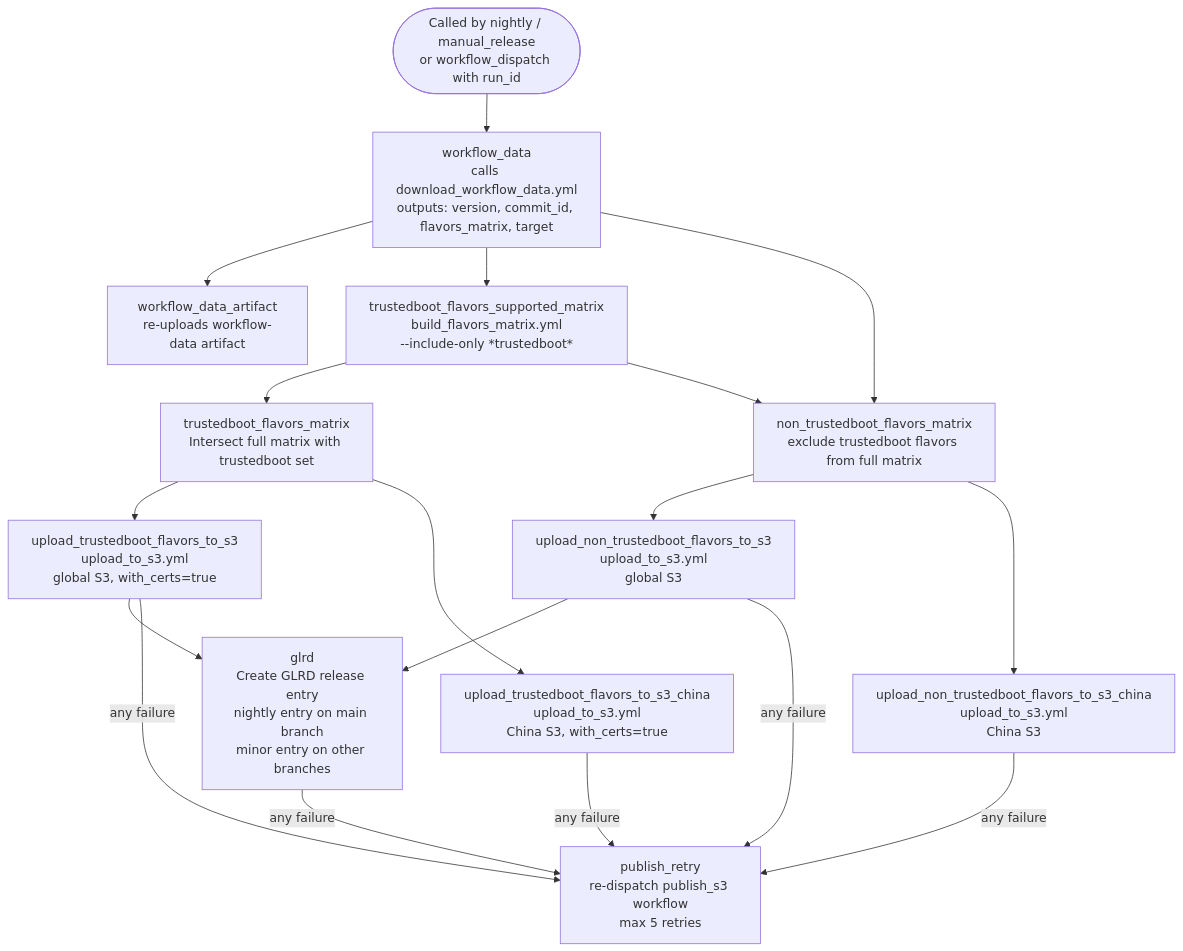
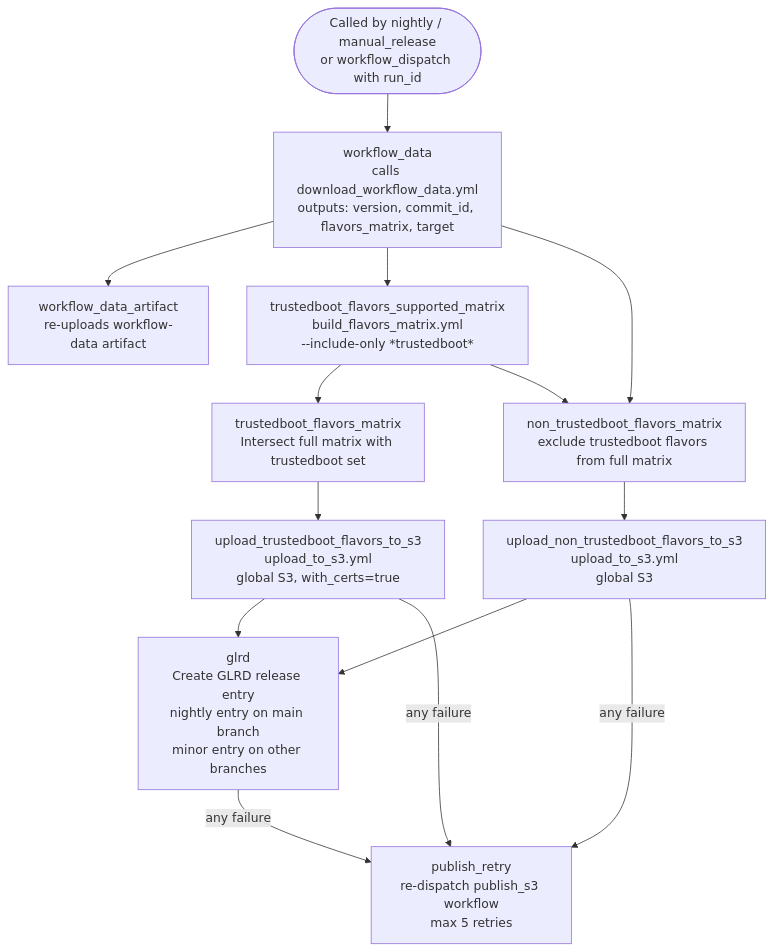
One commit to gardenlinux/gardenlinux changed the seventh of 7 diagrams in docs/explanation/github-workflows.md. Above: the diagram before and after it, drawn with Mermaid. The commit also changed other lines of this file and 1 other file, not shown here.

Commit message:
Remove China uploads from build workflow (#5295)

````diff
--- a/docs/explanation/github-workflows.md
+++ b/docs/explanation/github-workflows.md
@@ -370,34 +368,32 @@
 ```mermaid
 flowchart TD
     CALL([Called by nightly / manual_release\nor workflow_dispatch with run_id])
     CALL --> WD
 
     WD["workflow_data\ncalls download_workflow_data.yml\noutputs: version, commit_id, flavors_matrix, target"]
     WD --> WDA & TBS & NTBS
 
     WDA["workflow_data_artifact\nre-uploads workflow-data artifact"]
 
     TBS["trustedboot_flavors_supported_matrix\nbuild_flavors_matrix.yml\n--include-only *trustedboot*"]
     NTBS["non_trustedboot_flavors_matrix\nexclude trustedboot flavors from full matrix"]
 
     TBS --> TBM["trustedboot_flavors_matrix\nIntersect full matrix with trustedboot set"]
     TBS --> NTBS
 
     TBM --> US3T["upload_trustedboot_flavors_to_s3\nupload_to_s3.yml\nglobal S3, with_certs=true"]
-    TBM --> US3TC["upload_trustedboot_flavors_to_s3_china\nupload_to_s3.yml\nChina S3, with_certs=true"]
     NTBS --> US3N["upload_non_trustedboot_flavors_to_s3\nupload_to_s3.yml\nglobal S3"]
-    NTBS --> US3NC["upload_non_trustedboot_flavors_to_s3_china\nupload_to_s3.yml\nChina S3"]
 
     US3T & US3N --> GLRD
 
     GLRD["glrd\nCreate GLRD release entry\nnightly entry on main branch\nminor entry on other branches"]
 
-    US3T & US3TC & US3N & US3NC & GLRD -->|any failure| RETRY
+    US3T & US3N & GLRD -->|any failure| RETRY
 
     RETRY["publish_retry\nre-dispatch publish_s3 workflow\nmax 5 retries"]
 
     class CALL input
     class WD,WDA,TBS,NTBS,TBM decision
-    class US3T,US3TC,US3N,US3NC,GLRD output
+    class US3T,US3N,GLRD output
     class RETRY process
 ```
````
